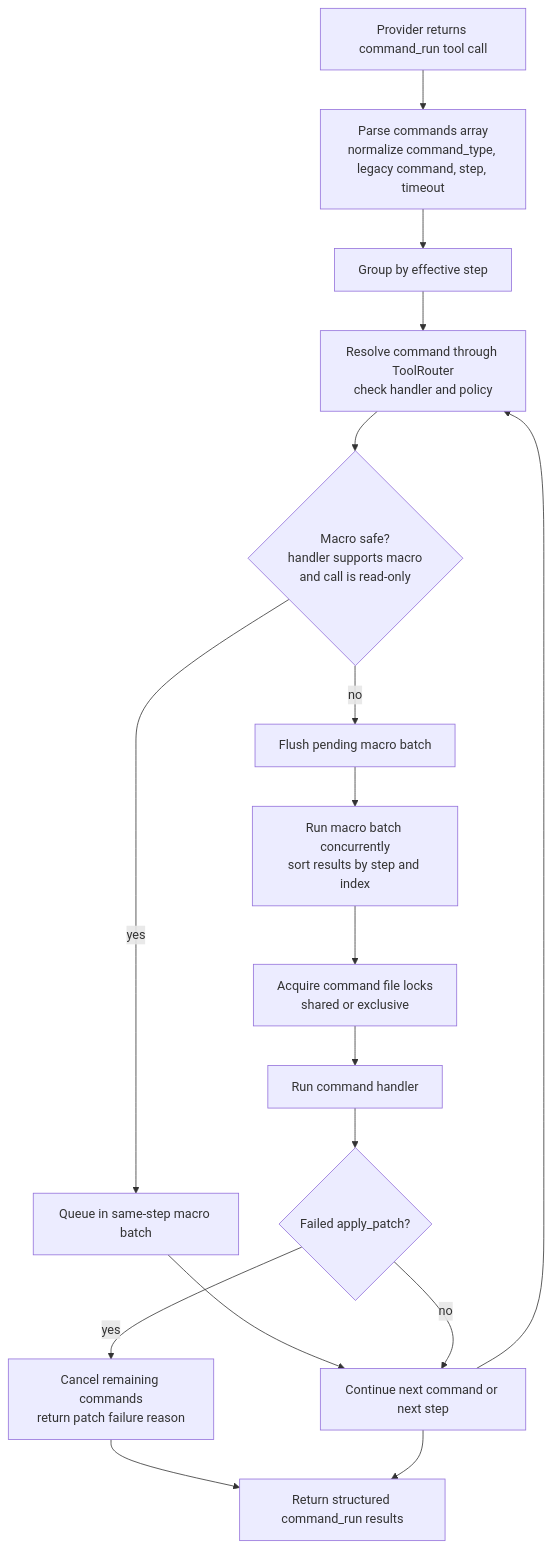
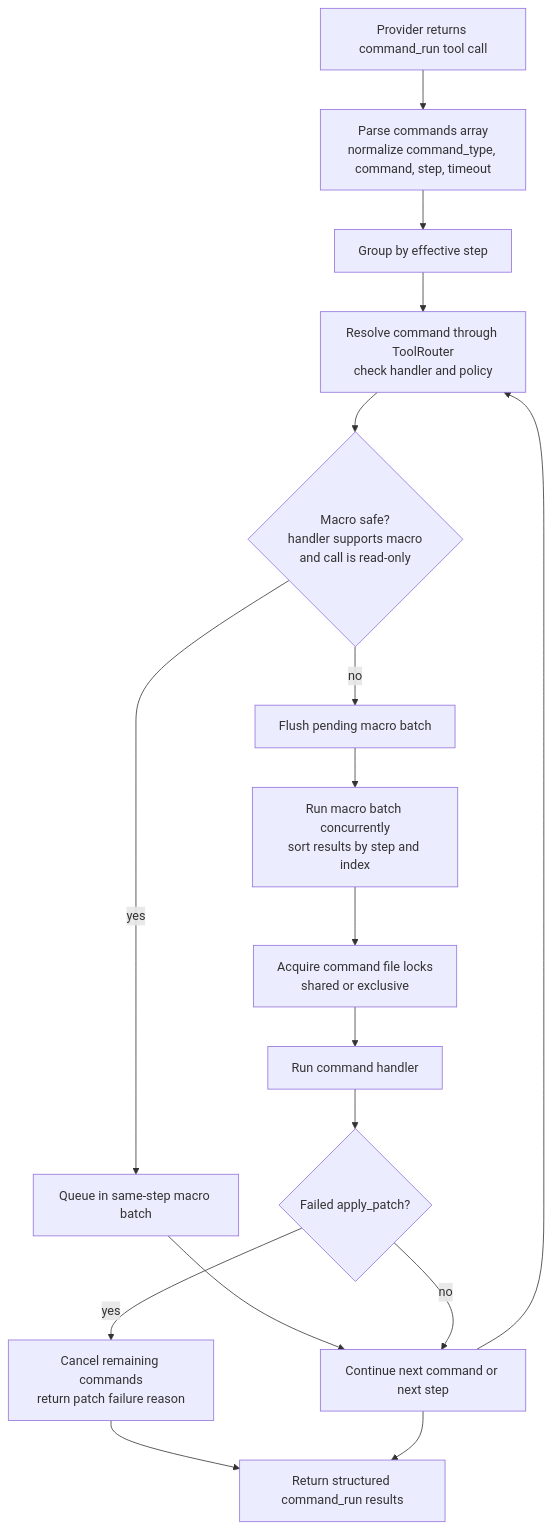
Before and after one commit to Tura-AI/tura: the third of 4 diagrams in README.md, drawn with Mermaid. The commit also changed other lines of this file and 54 other files, not shown here.

````diff
--- a/README.md
+++ b/README.md
@@ -1082,25 +1083,25 @@
 ```mermaid
 flowchart TD
   Model["Provider returns command_run tool call"]
-  Parse["Parse commands array\nnormalize command_type, legacy command, step, timeout"]
+  Parse["Parse commands array\nnormalize command_type, command, step, timeout"]
   Step["Group by effective step"]
   Inspect["Resolve command through ToolRouter\ncheck handler and policy"]
   MacroSafe{"Macro safe?\nhandler supports macro\nand call is read-only"}
   MacroBatch["Queue in same-step macro batch"]
   Flush["Flush pending macro batch"]
   RunParallel["Run macro batch concurrently\nsort results by step and index"]
   Lock["Acquire command file locks\nshared or exclusive"]
   RunSingle["Run command handler"]
   PatchFailed{"Failed apply_patch?"}
   Cancel["Cancel remaining commands\nreturn patch failure reason"]
   Continue["Continue next command or next step"]
   Results["Return structured command_run results"]
 
   Model --> Parse --> Step --> Inspect --> MacroSafe
   MacroSafe -- yes --> MacroBatch --> Continue
   MacroSafe -- no --> Flush --> RunParallel --> Lock --> RunSingle --> PatchFailed
   PatchFailed -- yes --> Cancel --> Results
   PatchFailed -- no --> Continue
   Continue --> Inspect
   Continue --> Results
 ```
````
